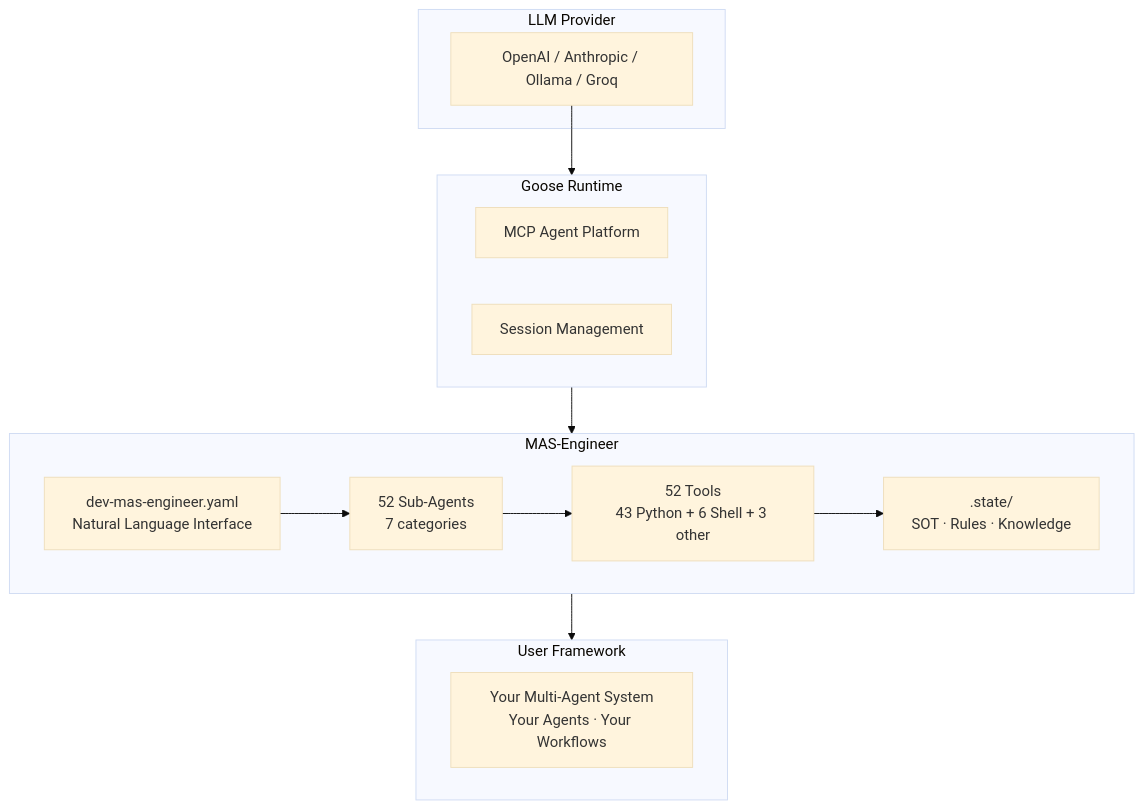
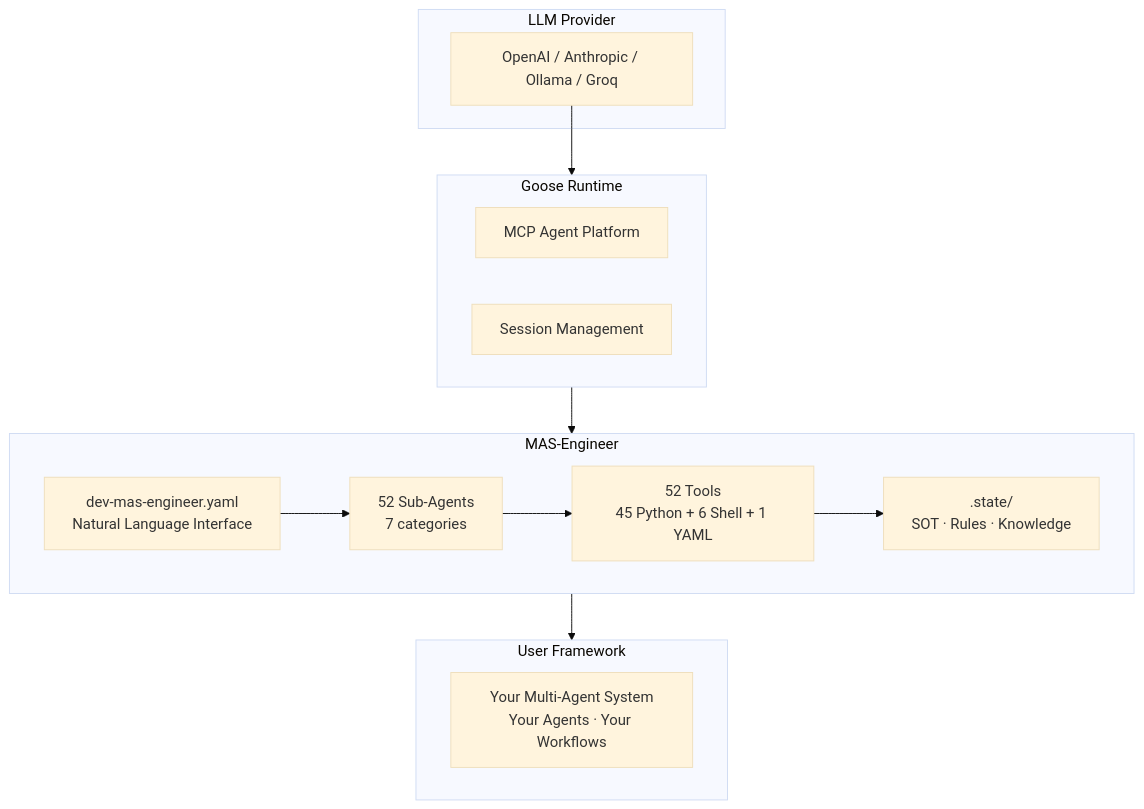
The first of 5 diagrams in docs/architecture.md (mczardybon/mas-engineer), drawn with Mermaid (base theme) before and after one commit. The commit also changed other lines of this file and 7 other files, not shown here.

````diff
--- a/docs/architecture.md
+++ b/docs/architecture.md
@@ -5,26 +5,26 @@
 ```mermaid
 flowchart TB
     subgraph LLM["LLM Provider"]
         L1["OpenAI / Anthropic / Ollama / Groq"]
     end
     subgraph GOOSE["Goose Runtime"]
         G1["MCP Agent Platform"]
         G2["Session Management"]
     end
     subgraph ENGINEER["MAS-Engineer"]
         E1["dev-mas-engineer.yaml\nNatural Language Interface"]
         E2["52 Sub-Agents\n7 categories"]
-        E3["52 Tools\n43 Python + 6 Shell + 3 other"]
+        E3["52 Tools\n45 Python + 6 Shell + 1 YAML"]
         E4[".state/\nSOT · Rules · Knowledge"]
     end
     subgraph USER["User Framework"]
         U1["Your Multi-Agent System\nYour Agents · Your Workflows"]
     end
 
     L1 --> GOOSE
     GOOSE --> ENGINEER
     ENGINEER --> USER
     E1 --> E2
     E2 --> E3
     E3 --> E4
 ```
````
